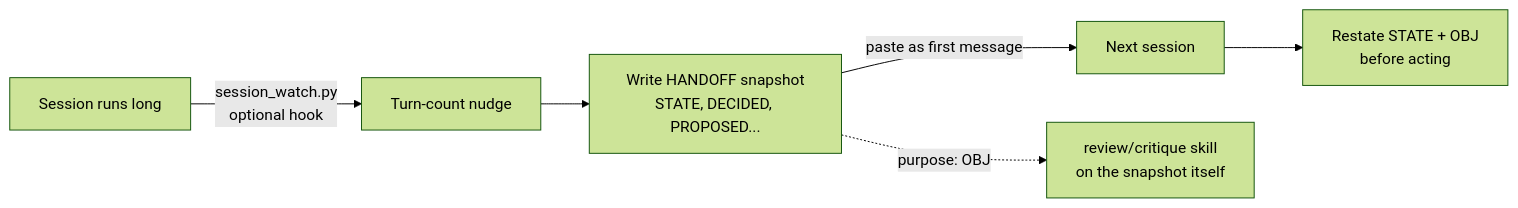
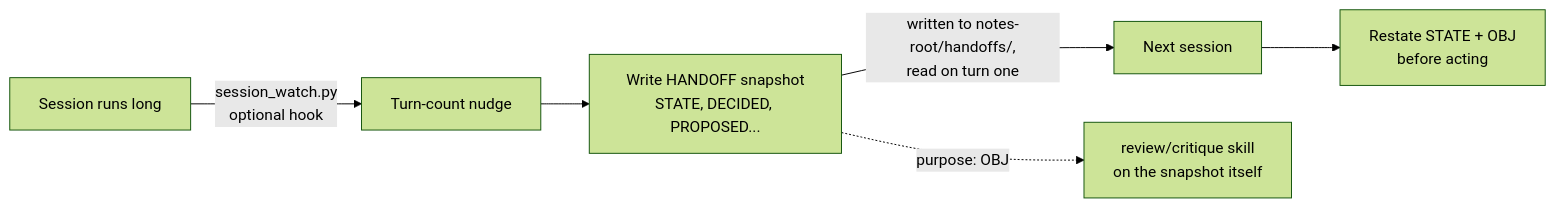
Before and after one commit to AdiMendelowitz/instrumented_skills: the diagram in handoff/README.md, drawn with Mermaid (forest theme). The commit also changed other lines of this file and 14 other files, not shown here.

````diff
--- a/handoff/README.md
+++ b/handoff/README.md
@@ -22,8 +22,8 @@
 ```mermaid
 flowchart LR
     S[Session runs long] -->|session_watch.py<br/>optional hook| N[Turn-count nudge]
     N --> W[Write HANDOFF snapshot<br/>STATE, DECIDED, PROPOSED...]
-    W -->|paste as first message| R[Next session]
+    W -->|written to notes-root/handoffs/,<br/>read on turn one| R[Next session]
     R --> RS[Restate STATE + OBJ<br/>before acting]
     W -.->|purpose: OBJ| C[review/critique skill<br/>on the snapshot itself]
 ```
````
